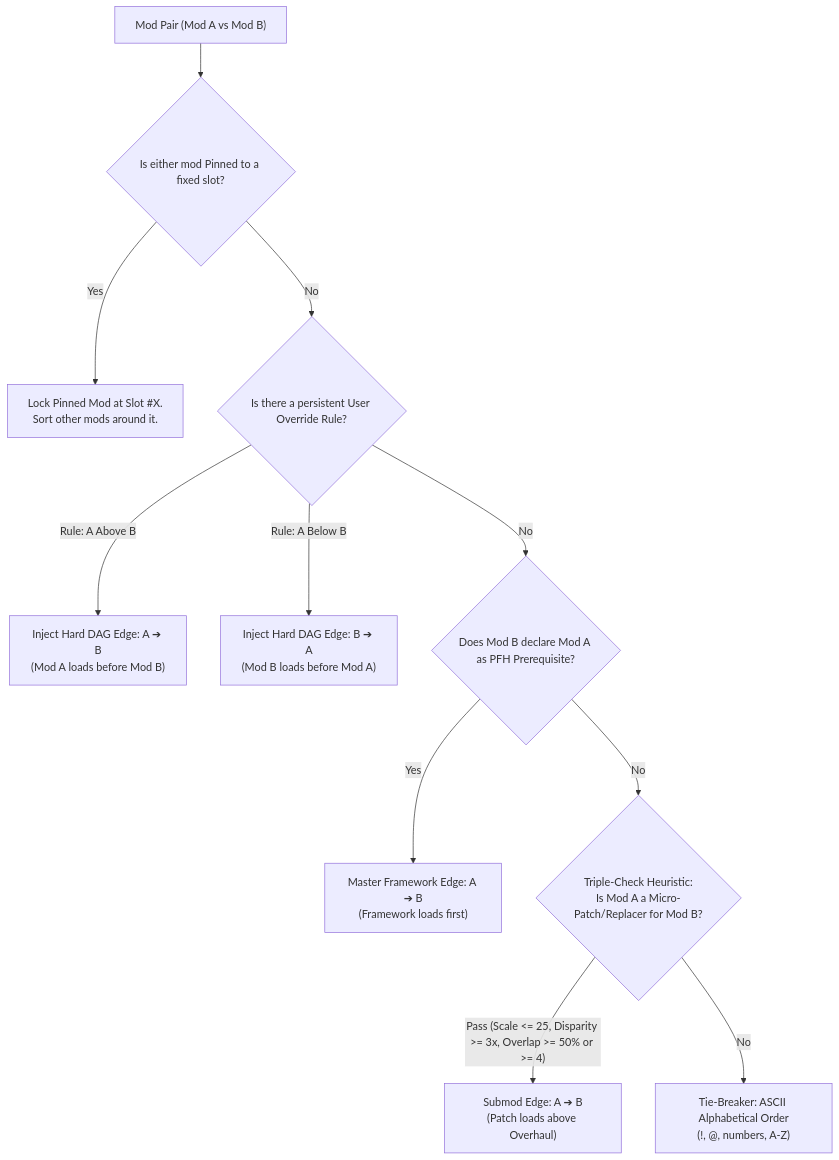
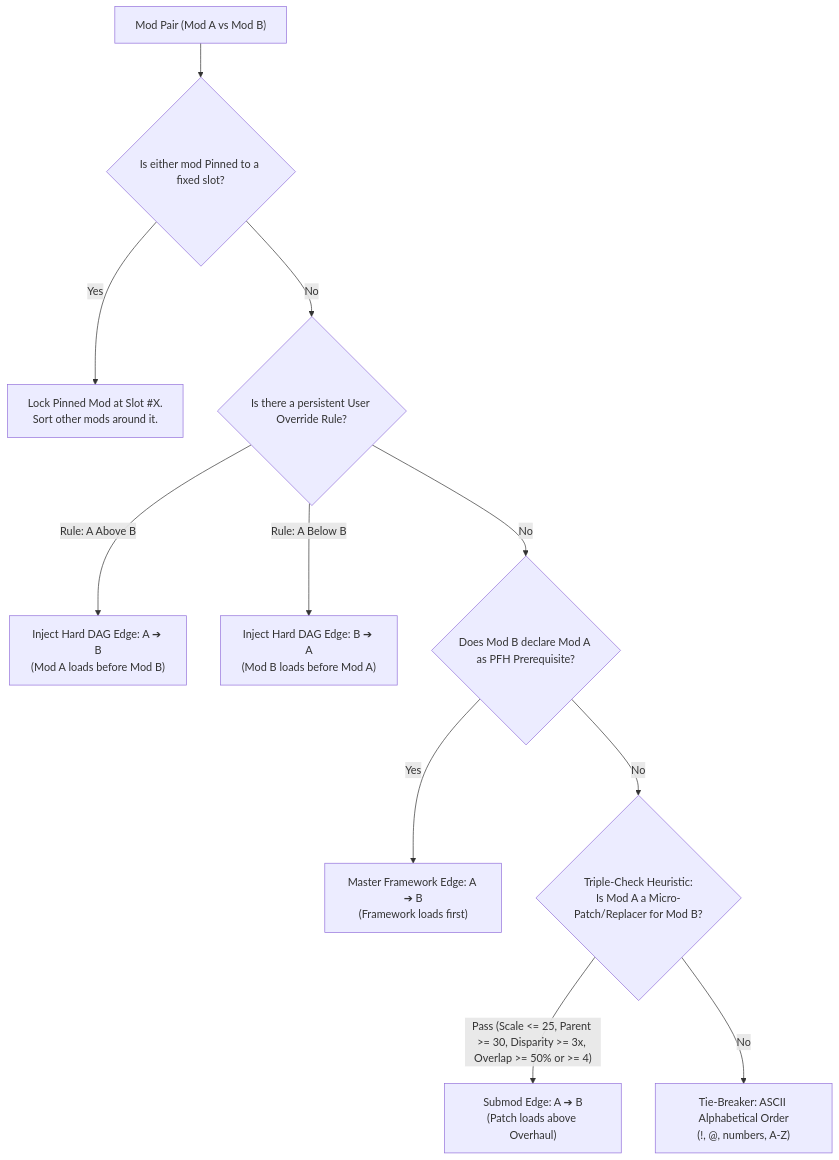
One commit to Leinonen96/CustomModManagerWarhammer3 changed the diagram in docs/LOAD_ORDER_ENGINE.md. Above: the diagram before and after it, drawn with Mermaid. The commit also changed other lines of this file and 11 other files, not shown here.

````diff
--- a/docs/LOAD_ORDER_ENGINE.md
+++ b/docs/LOAD_ORDER_ENGINE.md
@@ -72,17 +72,17 @@
 ```mermaid
 flowchart TD
     Start["Mod Pair (Mod A vs Mod B)"] --> PinCheck{"Is either mod Pinned to a fixed slot?"}
     
     PinCheck -- Yes --> FreezePin["Lock Pinned Mod at Slot #X.<br/>Sort other mods around it."]
     PinCheck -- No --> RuleCheck{"Is there a persistent User Override Rule?"}
     
     RuleCheck -- "Rule: A Above B" --> EdgeUserA["Inject Hard DAG Edge: A ➔ B<br/>(Mod A loads before Mod B)"]
     RuleCheck -- "Rule: A Below B" --> EdgeUserB["Inject Hard DAG Edge: B ➔ A<br/>(Mod B loads before Mod A)"]
     RuleCheck -- No --> DepCheck{"Does Mod B declare Mod A as PFH Prerequisite?"}
     
     DepCheck -- Yes --> EdgeDep["Master Framework Edge: A ➔ B<br/>(Framework loads first)"]
     DepCheck -- No --> PatchCheck{"Triple-Check Heuristic:<br/>Is Mod A a Micro-Patch/Replacer for Mod B?"}
     
-    PatchCheck -- "Pass (Scale <= 25, Disparity >= 3x, Overlap >= 50% or >= 4)" --> EdgePatch["Submod Edge: A ➔ B<br/>(Patch loads above Overhaul)"]
+    PatchCheck -- "Pass (Scale <= 25, Parent >= 30, Disparity >= 3x, Overlap >= 50% or >= 4)" --> EdgePatch["Submod Edge: A ➔ B<br/>(Patch loads above Overhaul)"]
     PatchCheck -- No --> ASCIISort["Tie-Breaker: ASCII Alphabetical Order<br/>(!, @, numbers, A-Z)"]
 ```
````
